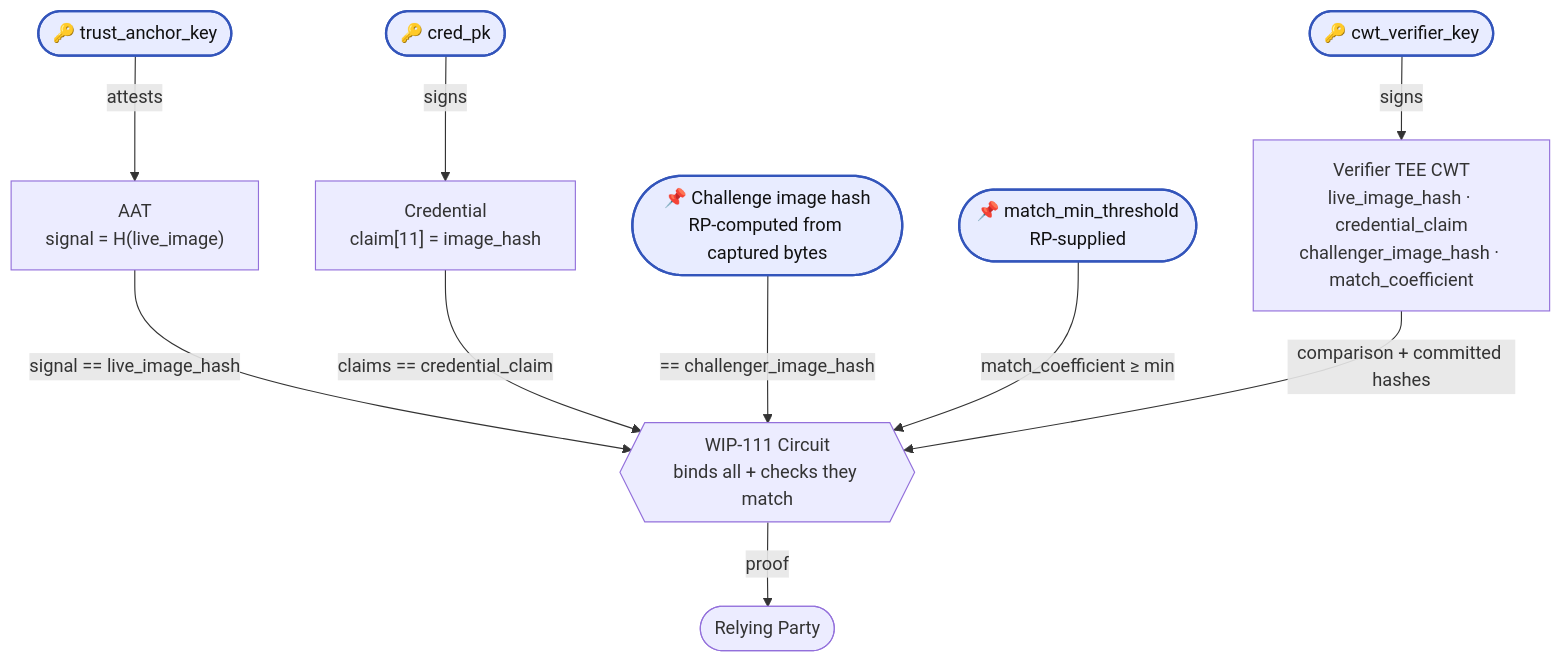
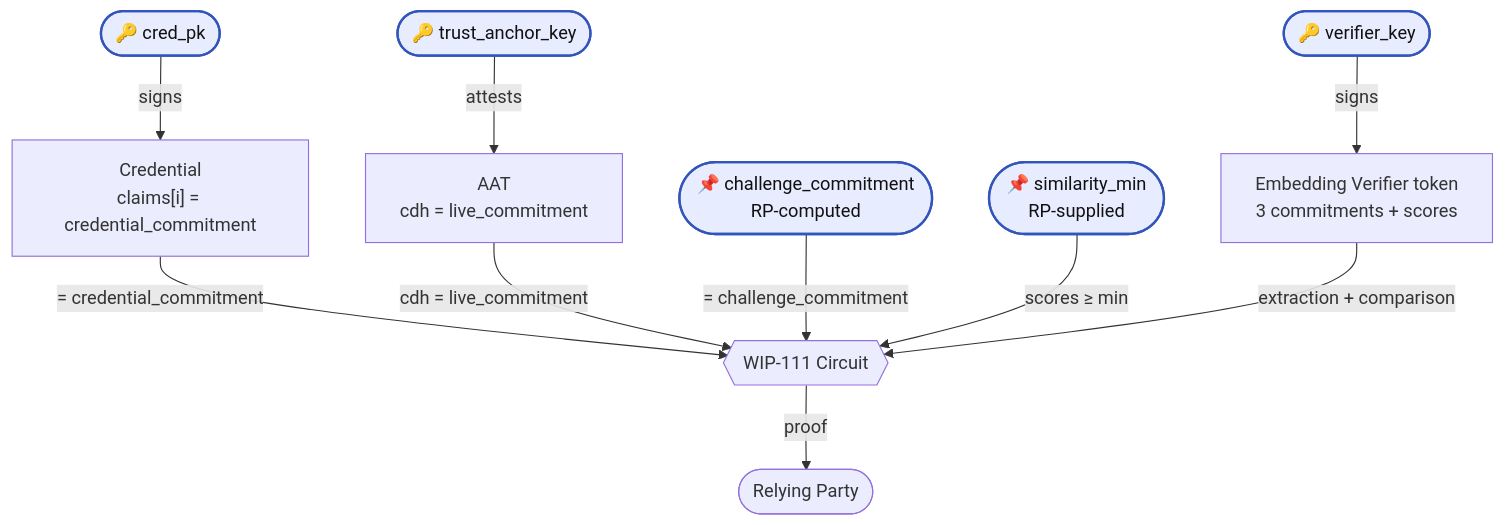
One commit to worldcoin/world-id-protocol changed the diagram in docs/WIPs/wip-111.md. Above: the diagram before and after it, drawn with Mermaid. The commit also changed other lines of this file, not shown here.

````diff
--- a/docs/WIPs/wip-111.md
+++ b/docs/WIPs/wip-111.md
@@ -64,31 +101,29 @@
 ```mermaid
 flowchart TB
-  %% Trust Assumptions
   TAK(["🔑 trust_anchor_key"]):::anchor
   ISS(["🔑 cred_pk"]):::anchor
-  VK(["🔑 cwt_verifier_key"]):::anchor
-  CH(["📌 Challenge image hash<br/>RP-computed from captured bytes"]):::anchor
-  MIN(["📌 match_min_threshold<br/>RP-supplied"]):::anchor
+  VK(["🔑 verifier_key"]):::anchor
+  CH(["📌 challenge_commitment<br/>RP-computed"]):::anchor
+  MIN(["📌 similarity_min<br/>RP-supplied"]):::anchor
 
-  %% Input sources
-  AAT["AAT<br/>signal = H(live_image)"]
-  CRED["Credential<br/>claim[11] = image_hash"]
-  CWT["Verifier TEE CWT<br/>live_image_hash · credential_claim<br/>challenger_image_hash · match_coefficient"]
+  AAT["AAT<br/>cdh = live_commitment"]
+  CRED["Credential<br/>claims[i] = credential_commitment"]
+  CWT["Embedding Verifier token<br/>3 commitments + scores"]
 
-  CIRCUIT{{"WIP-111 Circuit<br/>binds all + checks they match"}}
+  CIRCUIT{{"WIP-111 Circuit"}}
   RP(["Relying Party"])
 
   TAK -->|attests| AAT
   ISS -->|signs| CRED
   VK -->|signs| CWT
 
-  AAT -->|"signal == live_image_hash"| CIRCUIT
-  CRED -->|"claims == credential_claim"| CIRCUIT
-  CH -->|"== challenger_image_hash"| CIRCUIT
-  MIN -->|"match_coefficient ≥ min"| CIRCUIT
-  CWT -->|"comparison + committed hashes"| CIRCUIT
+  CRED -->|"= credential_commitment"| CIRCUIT
+  AAT -->|"cdh = live_commitment"| CIRCUIT
+  CH -->|"= challenge_commitment"| CIRCUIT
+  MIN -->|"scores ≥ min"| CIRCUIT
+  CWT -->|"extraction + comparison"| CIRCUIT
 
   CIRCUIT -->|proof| RP
 
   classDef anchor fill:#e8ecff,stroke:#3355bb,color:#111,stroke-width:2px;
 ```
````
